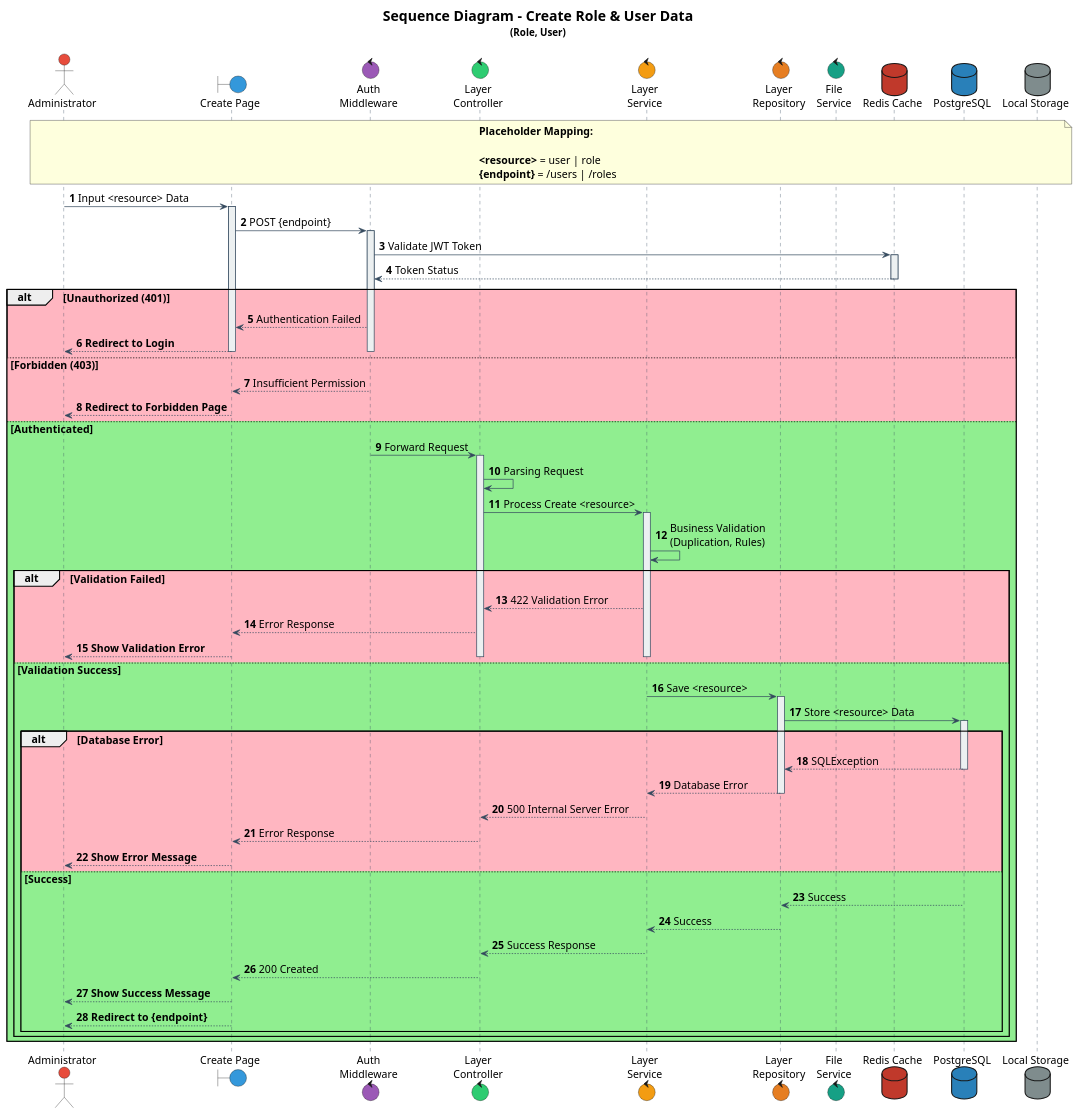
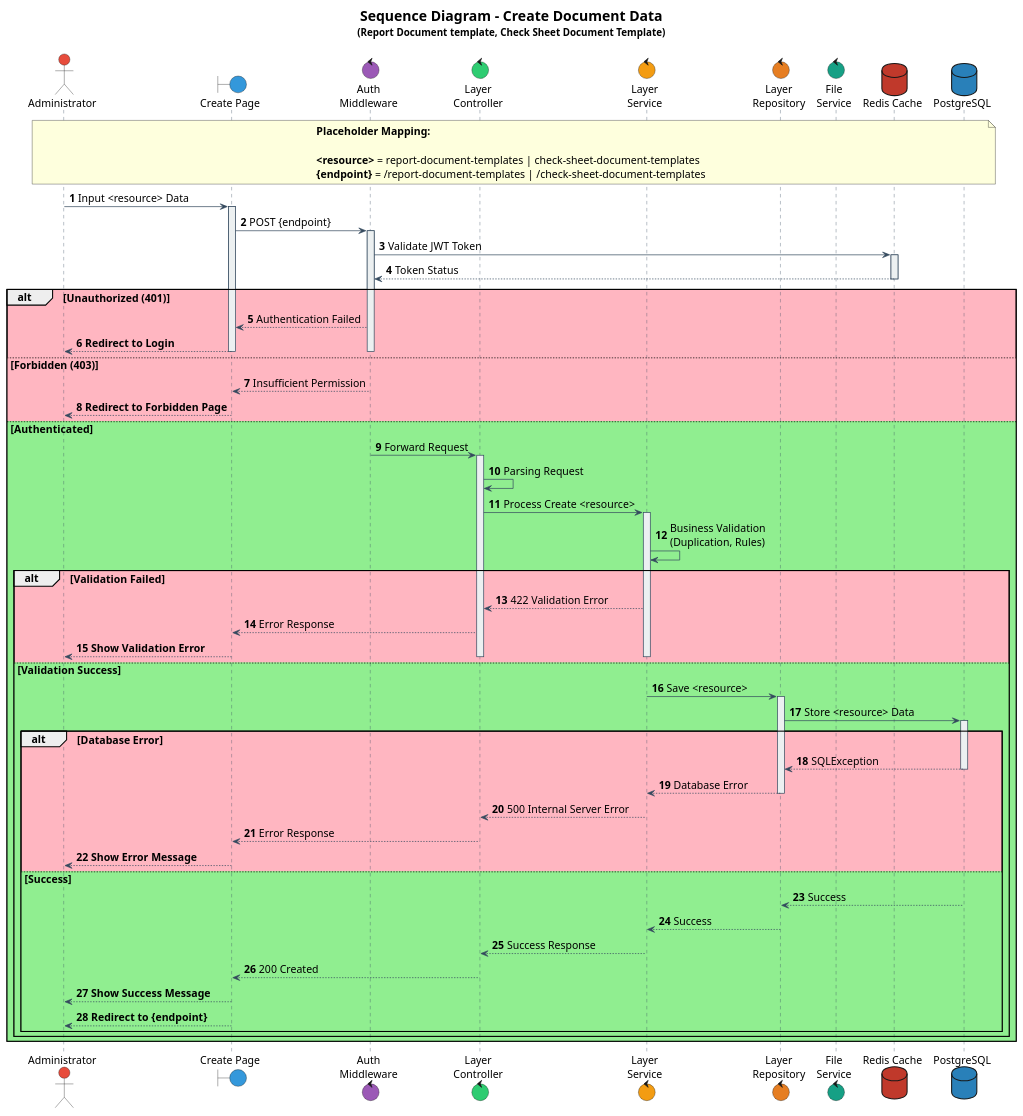
One commit to IntConnect/go-intconnect-api changed the diagram in documentation/sequence/document/template/create.puml. Above: the diagram before and after it, drawn with PlantUML. The commit also changed 22 other files, not shown here.

Commit message:
feat(activity, sequence): Add some activity and sequence diagram

```diff
--- a/documentation/sequence/document/template/create.puml
+++ b/documentation/sequence/document/template/create.puml
@@ -1,145 +1,144 @@
 @startuml
 
 ' Font configuration
 skinparam defaultFontName Times New Roman
 skinparam defaultFontSize 15
 
 ' Participant styling
 skinparam participant {
     BackgroundColor #ECF0F1
     BorderColor #34495E
     FontColor Black
     FontName Times New Roman
     FontSize 15
 }
 
 skinparam sequence {
     ArrowColor #34495E
     LifeLineBorderColor #34495E
     LifeLineBackgroundColor #ECF0F1
     ArrowFontName Times New Roman
     ArrowFontSize 15
 }
 
 skinparam actorFontSize 15
 skinparam noteFontSize 15
 skinparam noteFontName "Times New Roman"
 
 ' Actors and components
 actor "Administrator" as admin #E74C3C
 boundary "Create Page" as boundCreate #3498DB
 control "Auth\nMiddleware" as authMiddleware #9B59B6
 control "Layer\nController" as controller #2ECC71
 control "Layer\nService" as service #F39C12
 control "Layer\nRepository" as repository #E67E22
 control "File\nService" as fileService #16A085
 database "Redis Cache" as dbRedis #C0392B
 database "PostgreSQL" as dbPsql #2980B9
-database "Local Storage" as localStorage #7F8C8D
 
 title
-<size:20><b>Sequence Diagram - Create Role & User Data</b></size>
-<size:14>(Role, User)</size>
+<size:20><b>Sequence Diagram - Create Document Data</b></size>
+<size:14>(Report Document template, Check Sheet Document Template)</size>
 ----
 end title
 
 autonumber
 
-note over admin, localStorage
+note over admin, dbPsql
     **Placeholder Mapping:**
 
-    <b><resource></b> = user | role
-    <b>{endpoint}</b> = /users | /roles
+    <b><resource></b> = report-document-templates | check-sheet-document-templates
+    <b>{endpoint}</b> = /report-document-templates | /check-sheet-document-templates
 end note
 
 ' === MAIN FLOW ===
 admin -> boundCreate: Input <resource> Data
 activate boundCreate
 
 boundCreate -> authMiddleware: POST {endpoint}
 activate authMiddleware
 
 ' === AUTHENTICATION ===
 authMiddleware -> dbRedis: Validate JWT Token
 activate dbRedis
 dbRedis --> authMiddleware: Token Status
 deactivate dbRedis
 
 alt #LightPink Unauthorized (401)
     authMiddleware --> boundCreate: Authentication Failed
     boundCreate --> admin: **Redirect to Login**
     deactivate authMiddleware
     deactivate boundCreate
 else #LightPink Forbidden (403)
     authMiddleware --> boundCreate: Insufficient Permission
     boundCreate --> admin: **Redirect to Forbidden Page**
     deactivate authMiddleware
     deactivate boundCreate
 else #LightGreen Authenticated
 
     authMiddleware -> controller: Forward Request
     deactivate authMiddleware
     activate controller
 
     ' === VALIDATION ===
     controller -> controller: Parsing Request
     controller -> service: Process Create <resource>
     activate service
 
     service -> service: Business Validation\n(Duplication, Rules)
 
     alt #LightPink Validation Failed
         service --> controller: 422 Validation Error
         controller --> boundCreate: Error Response
         boundCreate --> admin: **Show Validation Error**
         deactivate service
         deactivate controller
         deactivate boundCreate
 
     else #LightGreen Validation Success
 
 
 
         ' === SAVE TO DATABASE ===
         service -> repository: Save <resource>
         activate repository
 
         repository -> dbPsql: Store <resource> Data
         activate dbPsql
 
         alt #LightPink Database Error
             dbPsql --> repository: SQLException
             deactivate dbPsql
             repository --> service: Database Error
             deactivate repository
 
 
 
             service --> controller: 500 Internal Server Error
             controller --> boundCreate: Error Response
             boundCreate --> admin: **Show Error Message**
             deactivate service
             deactivate controller
             deactivate boundCreate
 
         else #LightGreen Success
             dbPsql --> repository: Success
             deactivate dbPsql
 
             repository --> service: Success
             deactivate repository
 
             service --> controller: Success Response
             deactivate service
 
             controller --> boundCreate: 200 Created
             deactivate controller
 
             boundCreate --> admin: **Show Success Message**
             boundCreate --> admin: **Redirect to {endpoint}**
             deactivate boundCreate
         end
     end
 end
 
 @enduml
```
